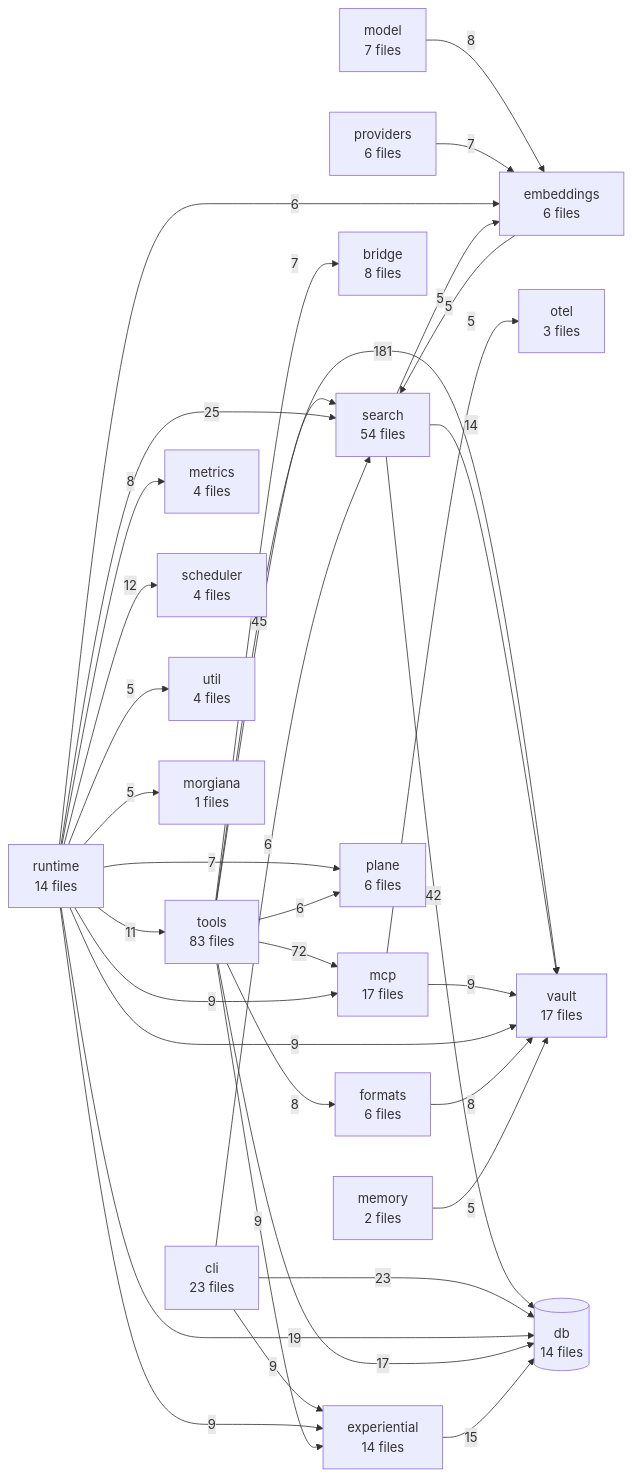
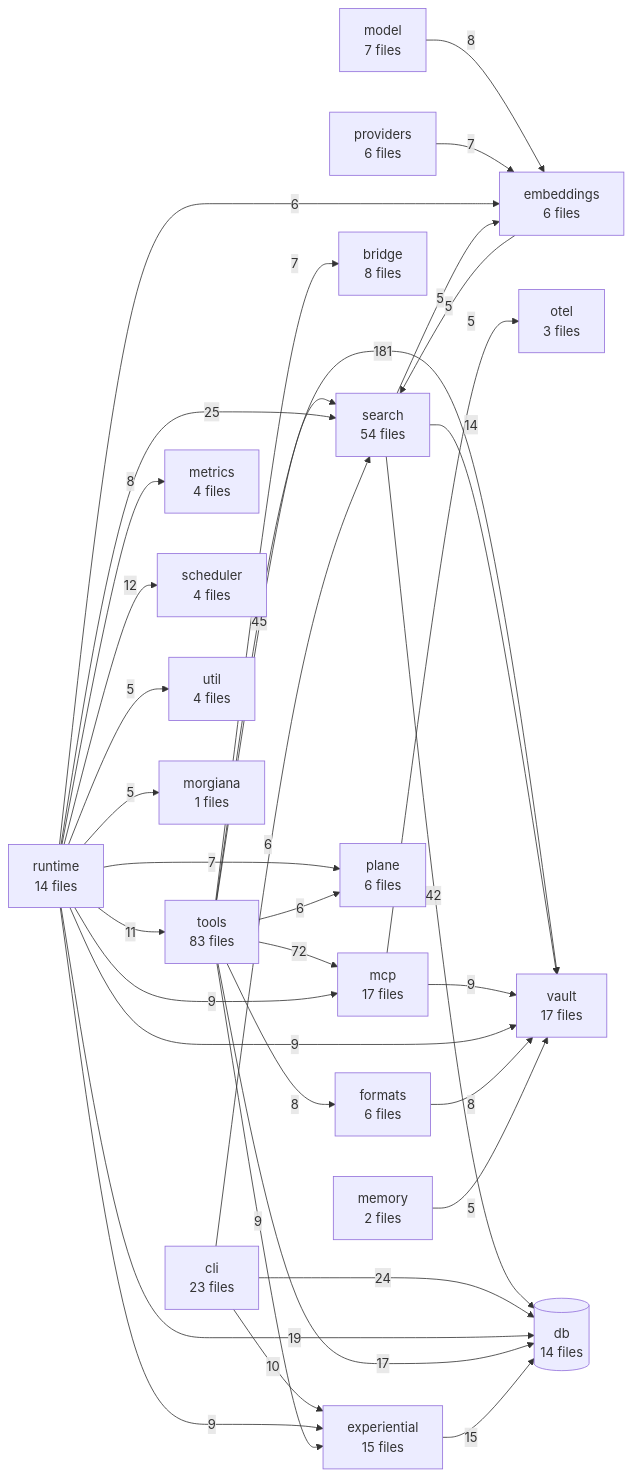
One commit to The-40-Thieves/obsidian-tc changed the diagram in TREE.md. Above: the diagram before and after it, drawn with Mermaid. The commit also changed other lines of this file and 6 other files, not shown here.

````diff
--- a/TREE.md
+++ b/TREE.md
@@ -301,58 +301,58 @@
 ```mermaid
 flowchart LR
   tools[tools<br/>83 files]
   search[search<br/>54 files]
   cli[cli<br/>23 files]
   mcp[mcp<br/>17 files]
   vault[vault<br/>17 files]
+  experiential[experiential<br/>15 files]
   db[(db<br/>14 files)]
-  experiential[experiential<br/>14 files]
   runtime[runtime<br/>14 files]
   bridge[bridge<br/>8 files]
   model[model<br/>7 files]
   embeddings[embeddings<br/>6 files]
   formats[formats<br/>6 files]
   plane[plane<br/>6 files]
   providers[providers<br/>6 files]
   metrics[metrics<br/>4 files]
   scheduler[scheduler<br/>4 files]
   util[util<br/>4 files]
   otel[otel<br/>3 files]
   memory[memory<br/>2 files]
   morgiana[morgiana<br/>1 files]
 
   tools -->|181| vault
   tools -->|72| mcp
   tools -->|45| search
   search -->|42| db
   runtime -->|25| search
-  cli -->|23| db
+  cli -->|24| db
   runtime -->|19| db
   tools -->|17| db
   experiential -->|15| db
   search -->|14| vault
   runtime -->|12| scheduler
   runtime -->|11| tools
-  cli -->|9| experiential
+  cli -->|10| experiential
   mcp -->|9| vault
   runtime -->|9| experiential
   runtime -->|9| vault
   runtime -->|9| mcp
   tools -->|9| experiential
   formats -->|8| vault
   model -->|8| embeddings
   runtime -->|8| metrics
   tools -->|8| formats
   providers -->|7| embeddings
   runtime -->|7| plane
   tools -->|7| bridge
   cli -->|6| search
   runtime -->|6| embeddings
   tools -->|6| plane
   embeddings -->|5| search
   mcp -->|5| otel
   memory -->|5| vault
   runtime -->|5| util
   runtime -->|5| morgiana
   search -->|5| embeddings
 ```
````
